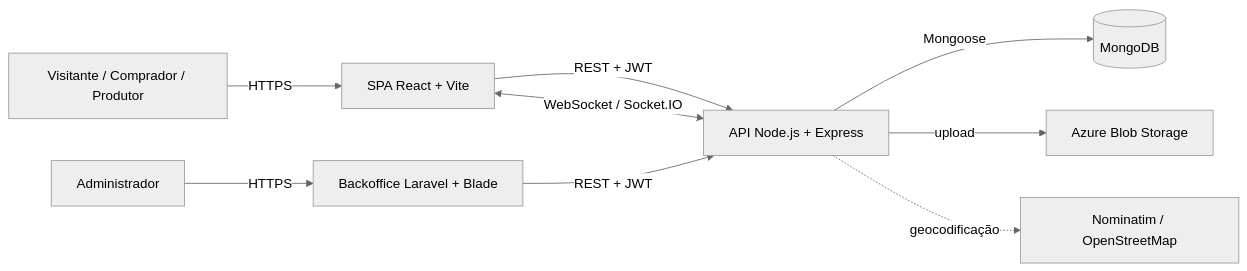
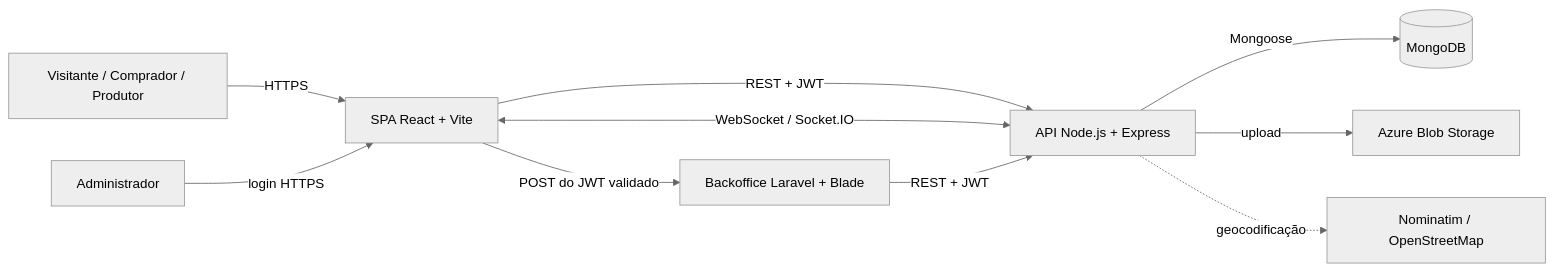
One commit to filipacalheiros9/Do_Campo_a_Mesa changed the first of 2 diagrams in docs/relatorio.md. Above: the diagram before and after it, drawn with Mermaid (neutral theme). The commit also changed other lines of this file and 25 other files, not shown here.

````diff
--- a/docs/relatorio.md
+++ b/docs/relatorio.md
@@ -28,11 +28,12 @@
 ```mermaid
 flowchart LR
     U[Visitante / Comprador / Produtor] -->|HTTPS| SPA[SPA React + Vite]
-    A[Administrador] -->|HTTPS| BO[Backoffice Laravel + Blade]
+    A[Administrador] -->|login HTTPS| SPA
+    SPA -->|POST do JWT validado| BO[Backoffice Laravel + Blade]
     SPA -->|REST + JWT| API[API Node.js + Express]
     SPA <-->|WebSocket / Socket.IO| API
     BO -->|REST + JWT| API
     API -->|Mongoose| DB[(MongoDB)]
     API -->|upload| BLOB[Azure Blob Storage]
     API -.->|geocodificação| GEO[Nominatim / OpenStreetMap]
 ```
````
